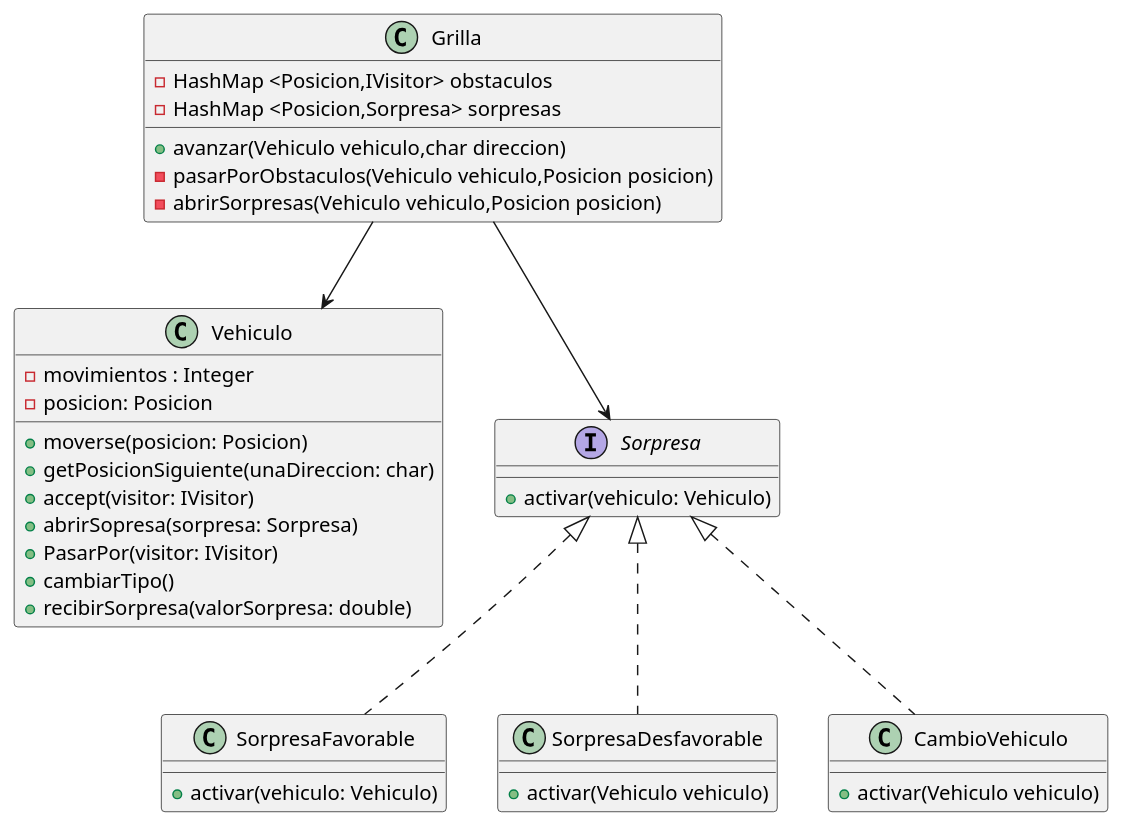
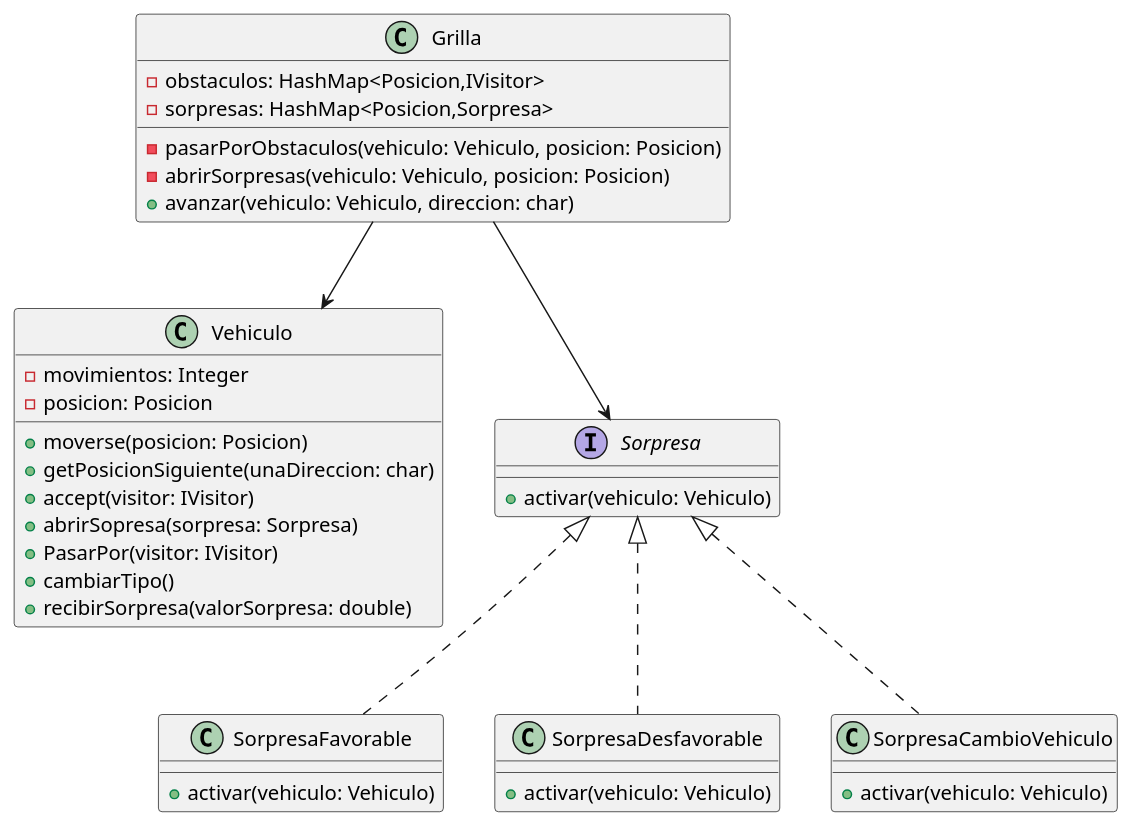
One commit to Dolo-pavon01/gpsChallenge changed the diagram in diagrams/classes/entrega 2/Sorpresas.puml. Above: the diagram before and after it, drawn with PlantUML. The commit also changed 6 other files, not shown here.

Commit message:
chore(diagrams): se modificaron definiciones de diagramas

```diff
--- a/diagrams/classes/entrega 2/Sorpresas.puml
+++ b/diagrams/classes/entrega 2/Sorpresas.puml
@@ -1,44 +1,45 @@
 @startuml
-class Grilla{
-    - HashMap <Posicion,IVisitor> obstaculos
-    - HashMap <Posicion,Sorpresa> sorpresas
-+ avanzar(Vehiculo vehiculo,char direccion)
-- pasarPorObstaculos(Vehiculo vehiculo,Posicion posicion)
-- abrirSorpresas(Vehiculo vehiculo,Posicion posicion)
+
+class Grilla {
+    - obstaculos: HashMap<Posicion,IVisitor>
+    - sorpresas: HashMap<Posicion,Sorpresa>
+    - pasarPorObstaculos(vehiculo: Vehiculo, posicion: Posicion)
+    - abrirSorpresas(vehiculo: Vehiculo, posicion: Posicion)
+    + avanzar(vehiculo: Vehiculo, direccion: char)
 }
 
-class Vehiculo{
-    - movimientos : Integer
+class Vehiculo {
+    - movimientos: Integer
     - posicion: Posicion
     + moverse(posicion: Posicion)
     + getPosicionSiguiente(unaDireccion: char)
     + accept(visitor: IVisitor)
     + abrirSopresa(sorpresa: Sorpresa)
     + PasarPor(visitor: IVisitor)
     + cambiarTipo()
     + recibirSorpresa(valorSorpresa: double)
 }
 
-interface Sorpresa{
+interface Sorpresa {
     + activar(vehiculo: Vehiculo)
 
 }
 class SorpresaFavorable {
     + activar(vehiculo: Vehiculo)
 }
 
-class SorpresaDesfavorable{
-+activar(Vehiculo vehiculo)
+class SorpresaDesfavorable {
+    + activar(vehiculo: Vehiculo)
 }
 
-class CambioVehiculo {
-    + activar(Vehiculo vehiculo)
+class SorpresaCambioVehiculo {
+    + activar(vehiculo: Vehiculo)
 }
 
+Grilla --> Vehiculo
 Grilla --> Sorpresa
-Grilla --> Vehiculo
 Sorpresa <|..  SorpresaFavorable
 Sorpresa <|..  SorpresaDesfavorable
-Sorpresa <|.. CambioVehiculo
+Sorpresa <|.. SorpresaCambioVehiculo
 
 @enduml
```
